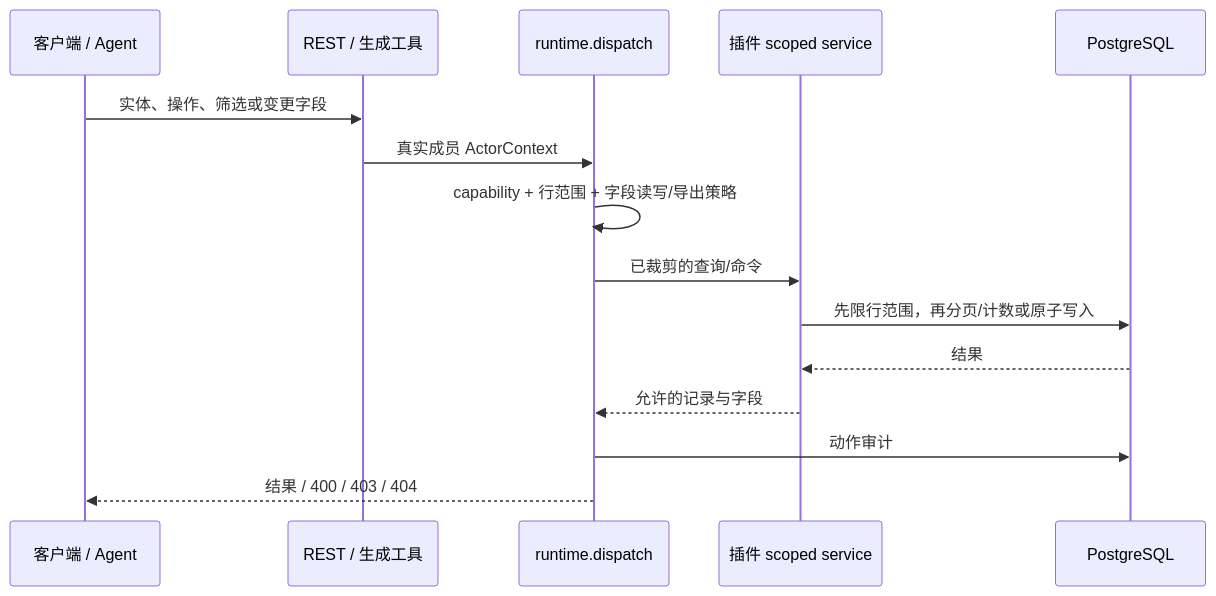
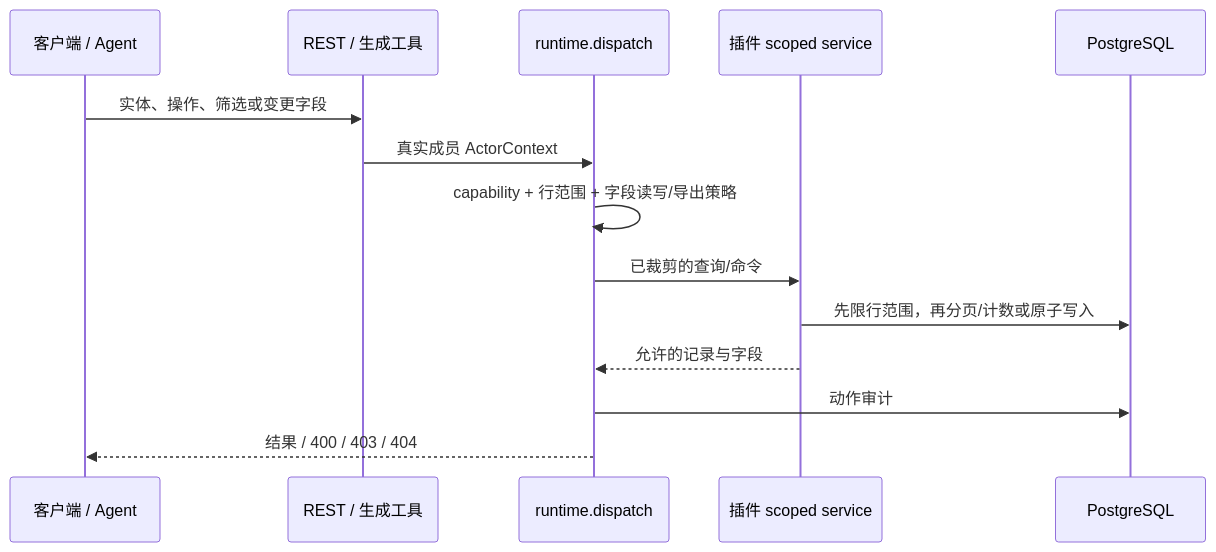
The third of 4 diagrams in docs/architecture.md (linjiejim/greenhouse), drawn with Mermaid before and after one commit. The commit also changed other lines of this file and 19 other files, not shown here.

First line of the commit message:
docs: architecture, capabilities and landing describe the one-client 4.0

````diff
--- a/docs/architecture.md
+++ b/docs/architecture.md
@@ -116,17 +126,16 @@
 ```mermaid
 sequenceDiagram
   participant C as 客户端 / Agent
   participant H as REST / 生成工具
   participant K as runtime.dispatch
   participant S as 插件 scoped service
   participant D as PostgreSQL
   C->>H: 实体、操作、筛选或变更字段
   H->>K: 真实成员 ActorContext
   K->>K: capability + 行范围 + 字段读写/导出策略
   K->>S: 已裁剪的查询/命令
   S->>D: 先限行范围，再分页/计数或原子写入
-  D-->>S: 结果
   S-->>K: 允许的记录与字段
   K->>D: 动作审计
   K-->>C: 结果 / 400 / 403 / 404
 ```
````
